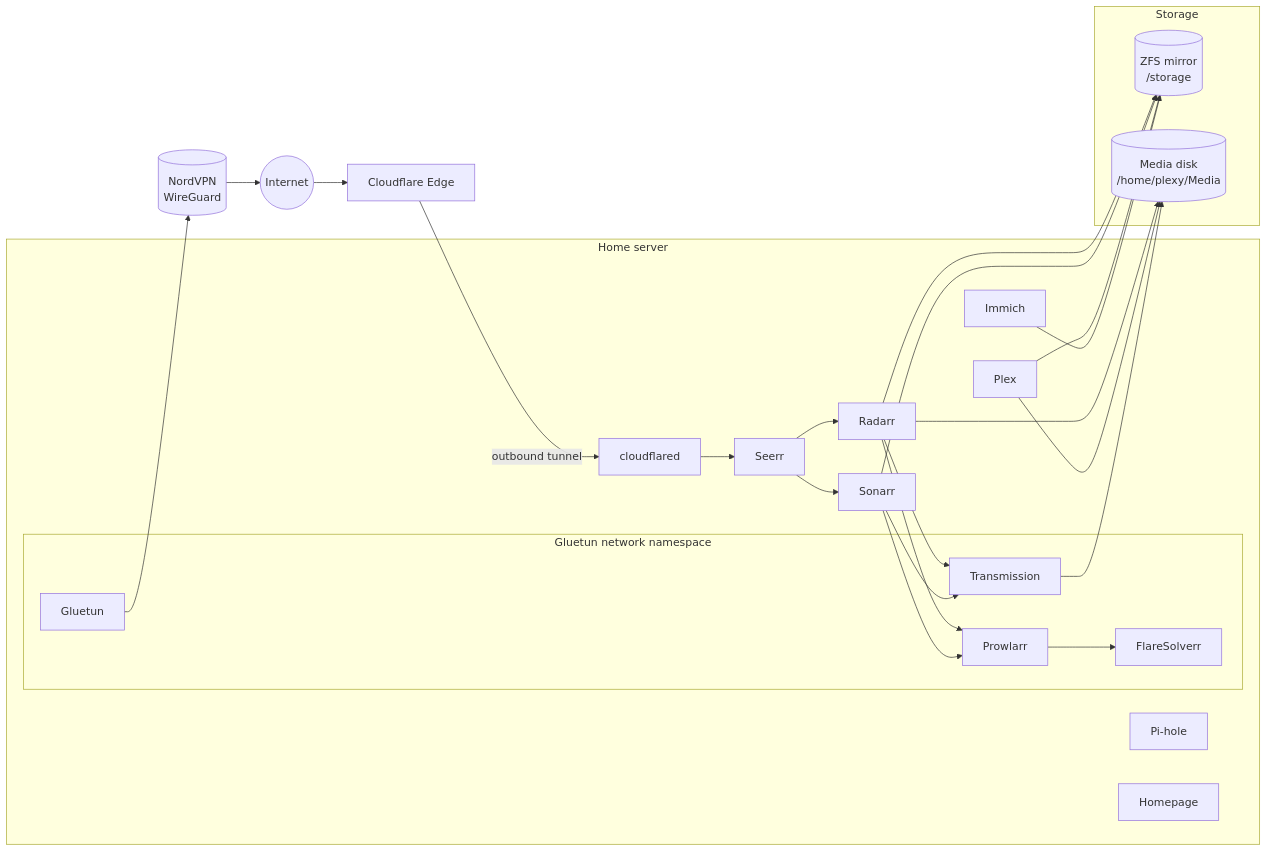
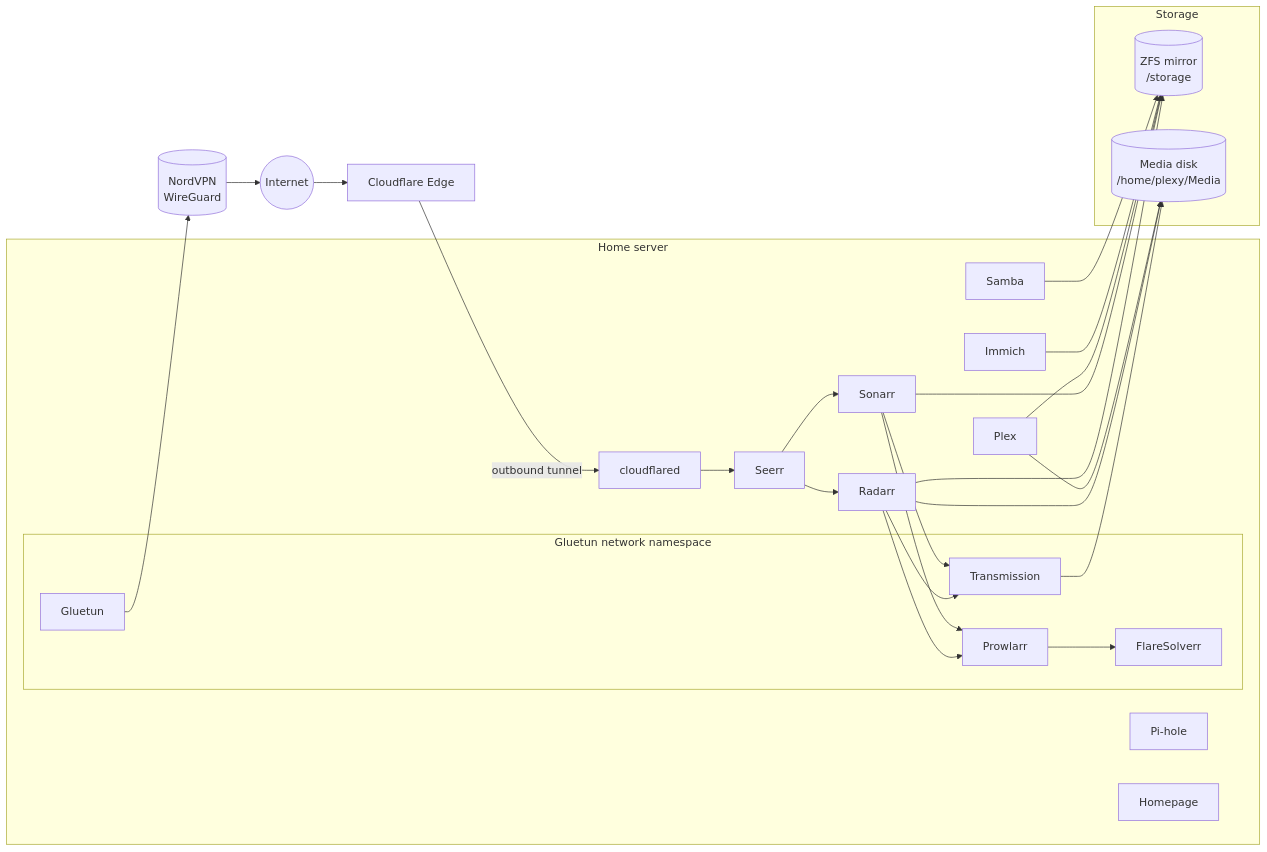
Before and after one commit to bjarkijoha/homelab: the diagram in README.md, drawn with Mermaid. The commit also changed other lines of this file and 4 other files, not shown here.

````diff
--- a/README.md
+++ b/README.md
@@ -32,41 +33,43 @@
 ```mermaid
 flowchart LR
     internet((Internet))
     cf[Cloudflare Edge]
     vpn[(NordVPN<br/>WireGuard)]
 
     subgraph server[Home server]
         cloudflared
         subgraph vpnns[Gluetun network namespace]
             gluetun[Gluetun]
             prowlarr[Prowlarr]
             transmission[Transmission]
             flaresolverr[FlareSolverr]
         end
         radarr[Radarr]
         sonarr[Sonarr]
         seerr[Seerr]
         plex[Plex]
         immich[Immich]
         pihole[Pi-hole]
         homepage[Homepage]
+        samba[Samba]
     end
 
     subgraph storage[Storage]
         zfs[(ZFS mirror<br/>/storage)]
         media[(Media disk<br/>/home/plexy/Media)]
     end
 
     internet --> cf -->|outbound tunnel| cloudflared
     cloudflared --> seerr
     gluetun --> vpn --> internet
     seerr --> radarr & sonarr
     radarr & sonarr --> prowlarr
     radarr & sonarr --> transmission
     prowlarr --> flaresolverr
     radarr --> media & zfs
     sonarr --> zfs
     transmission --> media
     plex --> media & zfs
     immich --> zfs
+    samba --> zfs
 ```
````
